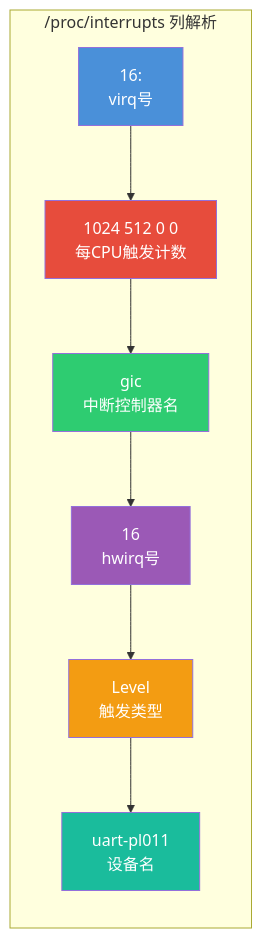
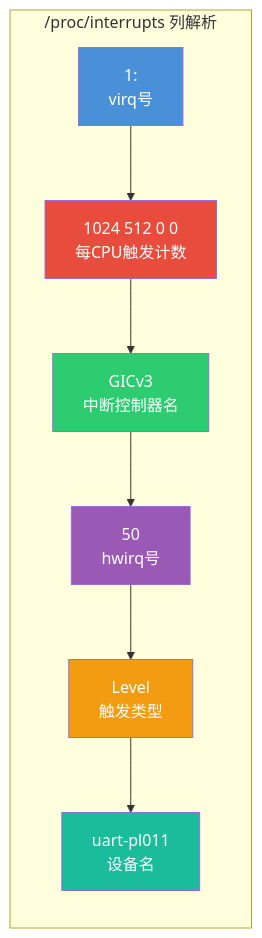
One commit to xiaohong0925/Embedded_Knowledge_System_V2026 changed the second of 2 diagrams in docs/02-核心机制深度解析/第10章 中断与时间/10.1.5_irq_domain详解与级联中断.md. Above: the diagram before and after it, drawn with Mermaid. The commit also changed other lines of this file and 65 other files, not shown here.

````diff
--- a/docs/02-核心机制深度解析/第10章 中断与时间/10.1.5_irq_domain详解与级联中断.md
+++ b/docs/02-核心机制深度解析/第10章 中断与时间/10.1.5_irq_domain详解与级联中断.md
@@ -180,17 +175,17 @@
 ```mermaid
 graph LR
     subgraph "/proc/interrupts 列解析"
-        A["16:"<br/>virq号] --> B["1024 512 0 0"<br/>每CPU触发计数]
-        B --> C["gic<br/>中断控制器名"]
-        C --> D["16<br/>hwirq号"]
+        A["1:"<br/>virq号] --> B["1024 512 0 0"<br/>每CPU触发计数]
+        B --> C["GICv3<br/>中断控制器名"]
+        C --> D["50<br/>hwirq号"]
         D --> E["Level<br/>触发类型"]
         E --> F["uart-pl011<br/>设备名"]
     end
 
     style A fill:#4a90d9,color:#fff
     style B fill:#e74c3c,color:#fff
     style C fill:#2ecc71,color:#fff
     style D fill:#9b59b6,color:#fff
     style E fill:#f39c12,color:#fff
     style F fill:#1abc9c,color:#fff
 ```
````
